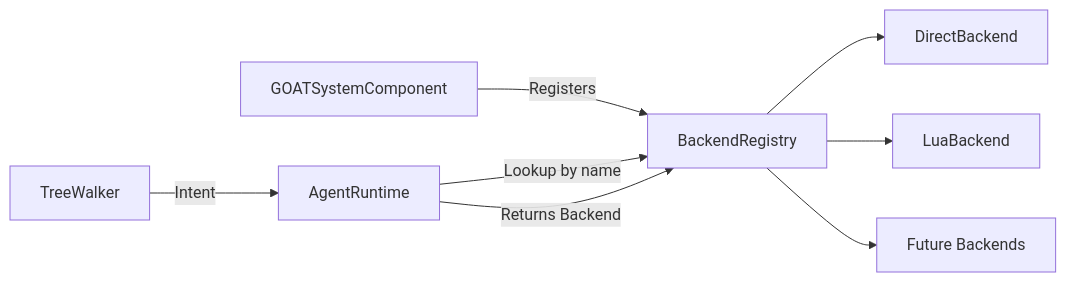
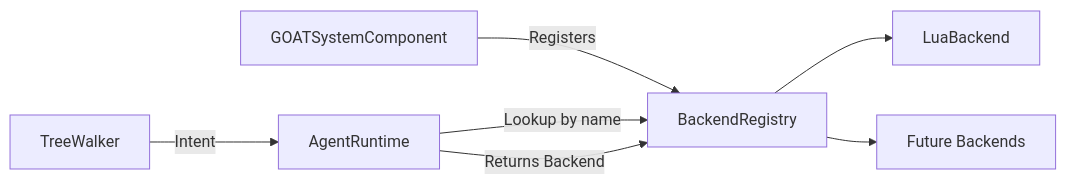
One commit to jabbadablack/G.O.A.T changed the diagram in Docs/02 - C++ Components/BackendRegistry.md. Above: the diagram before and after it, drawn with Mermaid. The commit also changed other lines of this file and 20 other files, not shown here.

````diff
--- a/Docs/02 - C++ Components/BackendRegistry.md
+++ b/Docs/02 - C++ Components/BackendRegistry.md
@@ -60,10 +62,9 @@
 ```mermaid
 graph LR
     A[GOATSystemComponent] -->|Registers| B[BackendRegistry]
-    B --> C[DirectBackend]
     B --> D[LuaBackend]
     B --> E[Future Backends]
     F[AgentRuntime] -->|Lookup by name| B
     G[TreeWalker] -->|Intent| F
     F -->|Returns Backend| B
 ```
````
